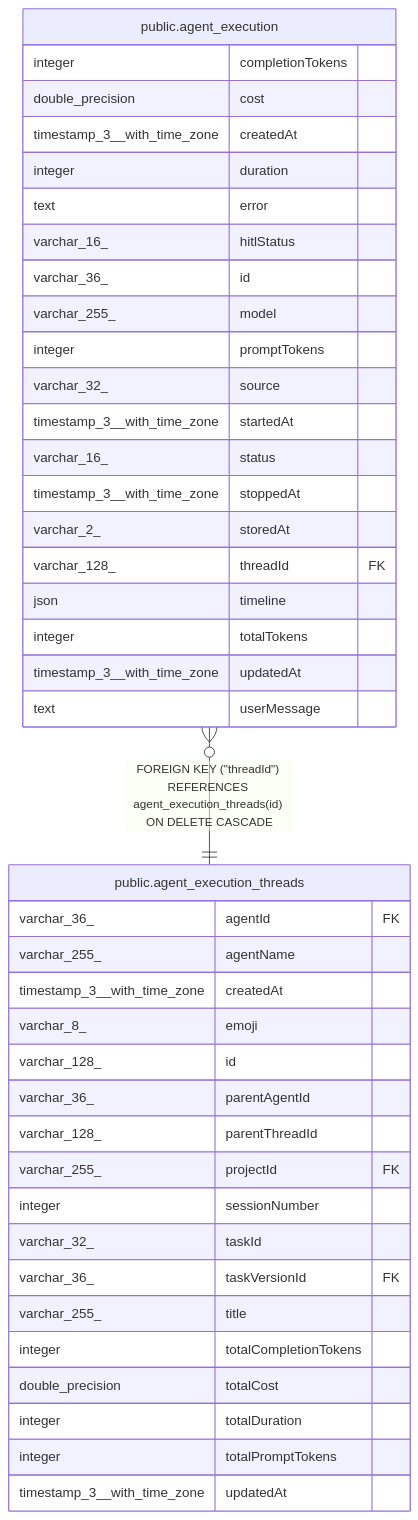
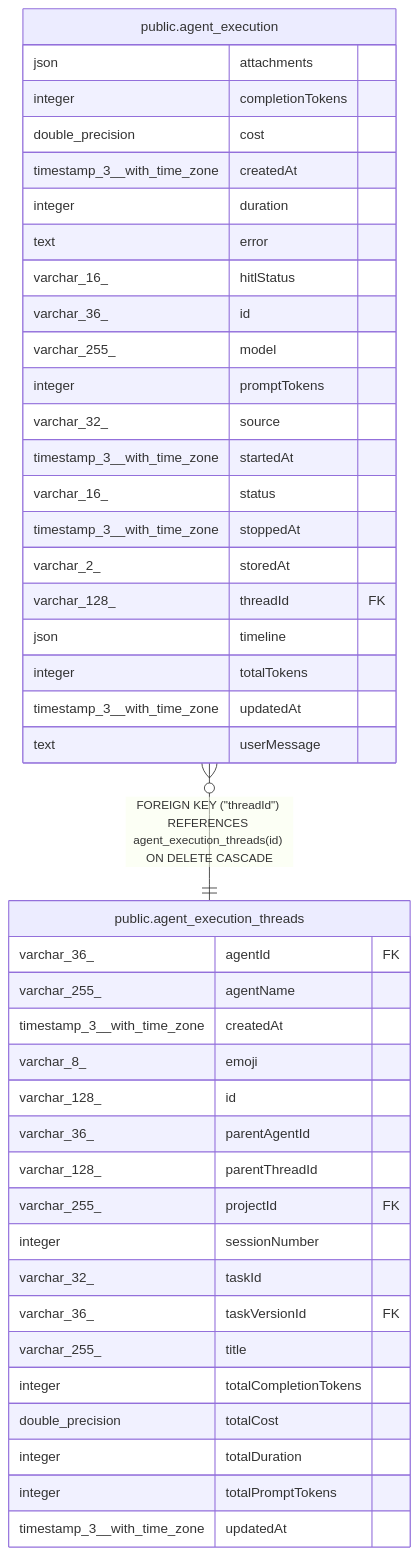
Before and after one commit to mayankjain1815-commits/n8n: the diagram in docs/generated/postgres-schema/public.agent_execution.md, drawn with Mermaid. The commit also changed other lines of this file and 91 other files, not shown here.

````diff
--- a/docs/generated/postgres-schema/public.agent_execution.md
+++ b/docs/generated/postgres-schema/public.agent_execution.md
@@ -53,46 +54,47 @@
 ```mermaid
 erDiagram
 
 "public.agent_execution" }o--|| "public.agent_execution_threads" : "FOREIGN KEY (#quot;threadId#quot;) REFERENCES agent_execution_threads(id) ON DELETE CASCADE"
 
 "public.agent_execution" {
+  json attachments
   integer completionTokens
   double_precision cost
   timestamp_3__with_time_zone createdAt
   integer duration
   text error
   varchar_16_ hitlStatus
   varchar_36_ id
   varchar_255_ model
   integer promptTokens
   varchar_32_ source
   timestamp_3__with_time_zone startedAt
   varchar_16_ status
   timestamp_3__with_time_zone stoppedAt
   varchar_2_ storedAt
   varchar_128_ threadId FK
   json timeline
   integer totalTokens
   timestamp_3__with_time_zone updatedAt
   text userMessage
 }
 "public.agent_execution_threads" {
   varchar_36_ agentId FK
   varchar_255_ agentName
   timestamp_3__with_time_zone createdAt
   varchar_8_ emoji
   varchar_128_ id
   varchar_36_ parentAgentId
   varchar_128_ parentThreadId
   varchar_255_ projectId FK
   integer sessionNumber
   varchar_32_ taskId
   varchar_36_ taskVersionId FK
   varchar_255_ title
   integer totalCompletionTokens
   double_precision totalCost
   integer totalDuration
   integer totalPromptTokens
   timestamp_3__with_time_zone updatedAt
 }
 ```
````
